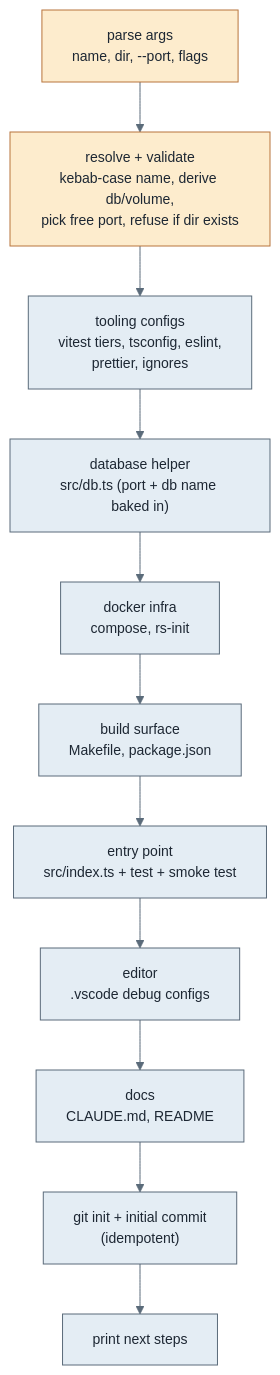
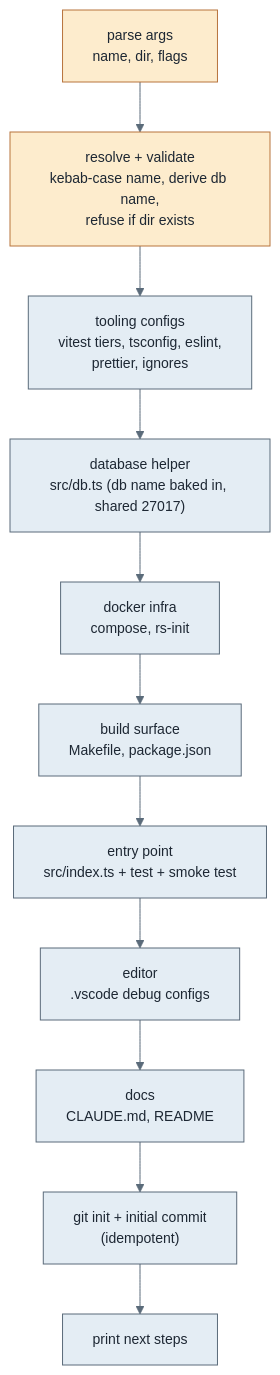
One commit to omerosaienni/agent-sdlc changed the second of 4 diagrams in docs/scripts.md. Above: the diagram before and after it, drawn with Mermaid. The commit also changed other lines of this file and 6 other files, not shown here.

````diff
--- a/docs/scripts.md
+++ b/docs/scripts.md
@@ -66,19 +64,19 @@
 ```mermaid
 %%{init: {'theme':'base','themeVariables':{'primaryColor':'#e4edf4','primaryTextColor':'#1d2733','primaryBorderColor':'#5b6b7a','lineColor':'#5b6b7a','fontSize':'14px'}}}%%
 flowchart TD
-    args["parse args<br/>name, dir, --port, flags"] --> resolve["resolve + validate<br/>kebab-case name, derive db/volume,<br/>pick free port, refuse if dir exists"]
+    args["parse args<br/>name, dir, flags"] --> resolve["resolve + validate<br/>kebab-case name, derive db name,<br/>refuse if dir exists"]
     resolve --> tooling["tooling configs<br/>vitest tiers, tsconfig, eslint,<br/>prettier, ignores"]
-    tooling --> db["database helper<br/>src/db.ts (port + db name baked in)"]
+    tooling --> db["database helper<br/>src/db.ts (db name baked in, shared 27017)"]
     db --> infra["docker infra<br/>compose, rs-init"]
     infra --> build["build surface<br/>Makefile, package.json"]
     build --> entry["entry point<br/>src/index.ts + test + smoke test"]
     entry --> editor["editor<br/>.vscode debug configs"]
     editor --> docs["docs<br/>CLAUDE.md, README"]
     docs --> git["git init + initial commit<br/>(idempotent)"]
     git --> done["print next steps"]
 
     classDef io fill:#fdeccd,stroke:#b8743d,color:#1d2733;
     classDef work fill:#e4edf4,stroke:#5b6b7a,color:#1d2733;
     class args,resolve io;
     class tooling,db,infra,build,entry,editor,docs,git work;
 ```
````
